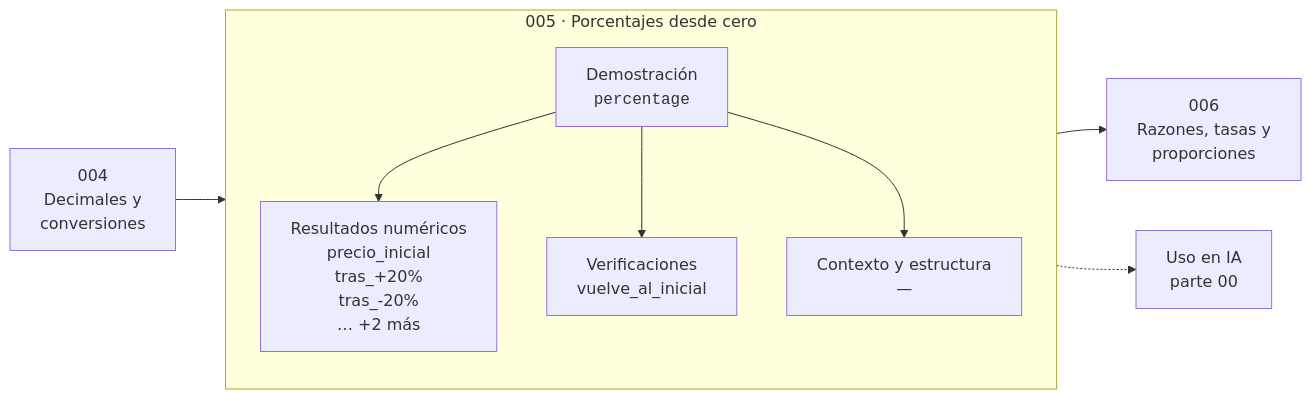
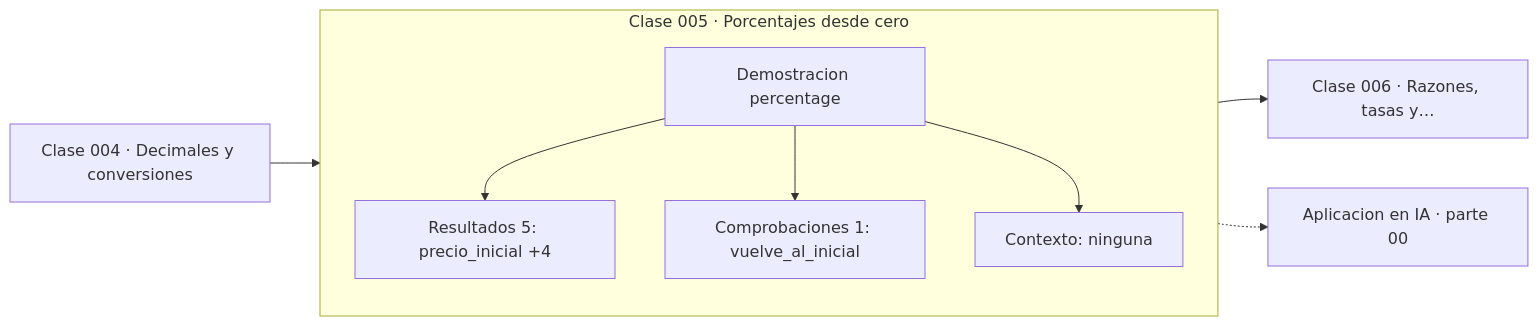
The diagram in classes/part-00-pensamiento-matematico-desde-cero/005-porcentajes-desde-cero/README.md (vladimiracunadev-create/computational-mathematics-program), drawn with Mermaid before and after one commit. The commit also changed 389 other files, not shown here.

First line of the commit message:
fix(diagramas): elimina el HTML de las etiquetas Mermaid

````diff
--- a/classes/part-00-pensamiento-matematico-desde-cero/005-porcentajes-desde-cero/README.md
+++ b/classes/part-00-pensamiento-matematico-desde-cero/005-porcentajes-desde-cero/README.md
@@ -35,12 +35,13 @@
 ```mermaid
 flowchart LR
-    P["004<br/>Decimales y<br/>conversiones"] --> C
-    subgraph C["005 · Porcentajes desde cero"]
+    P["Clase 004 · Decimales y conversiones"] --> D
+    subgraph CLASE["Clase 005 · Porcentajes desde cero"]
         direction TB
-        D["Demostración<br/><code>percentage</code>"] --> R["Resultados numéricos<br/>precio_inicial<br/>tras_+20%<br/>tras_-20%<br/>… +2 más"]
-        D --> V["Verificaciones<br/>vuelve_al_inicial"]
-        D --> O["Contexto y estructura<br/>—"]
+        D["Demostracion percentage"]
+        D --> R["Resultados 5: precio_inicial +4"]
+        D --> V["Comprobaciones 1: vuelve_al_inicial"]
+        D --> O["Contexto: ninguna"]
     end
-    C --> N["006<br/>Razones, tasas y<br/>proporciones"]
-    C -.-> IA["Uso en IA<br/>parte 00"]
+    R --> N["Clase 006 · Razones, tasas y…"]
+    V -.-> IA["Aplicacion en IA · parte 00"]
 ```
````
